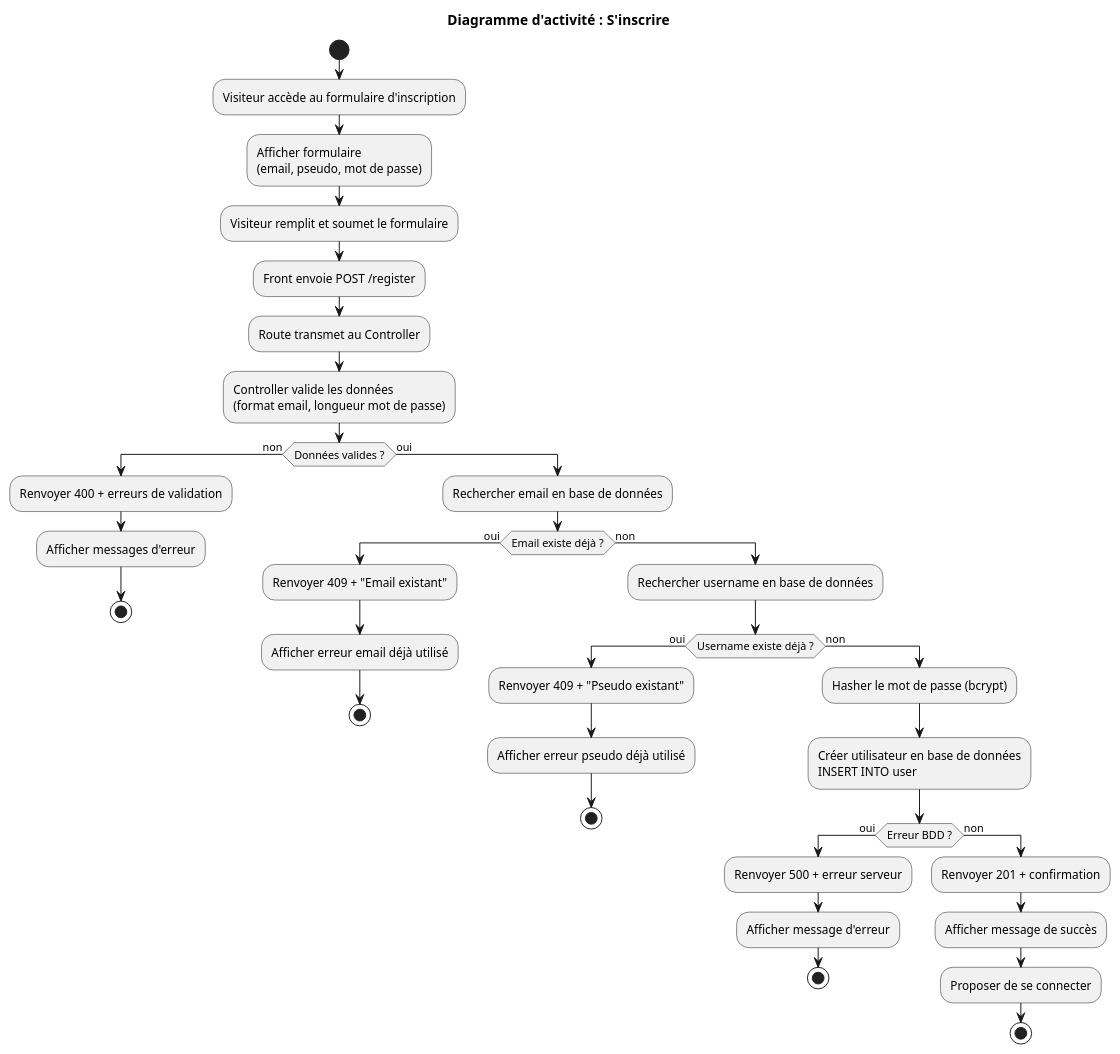
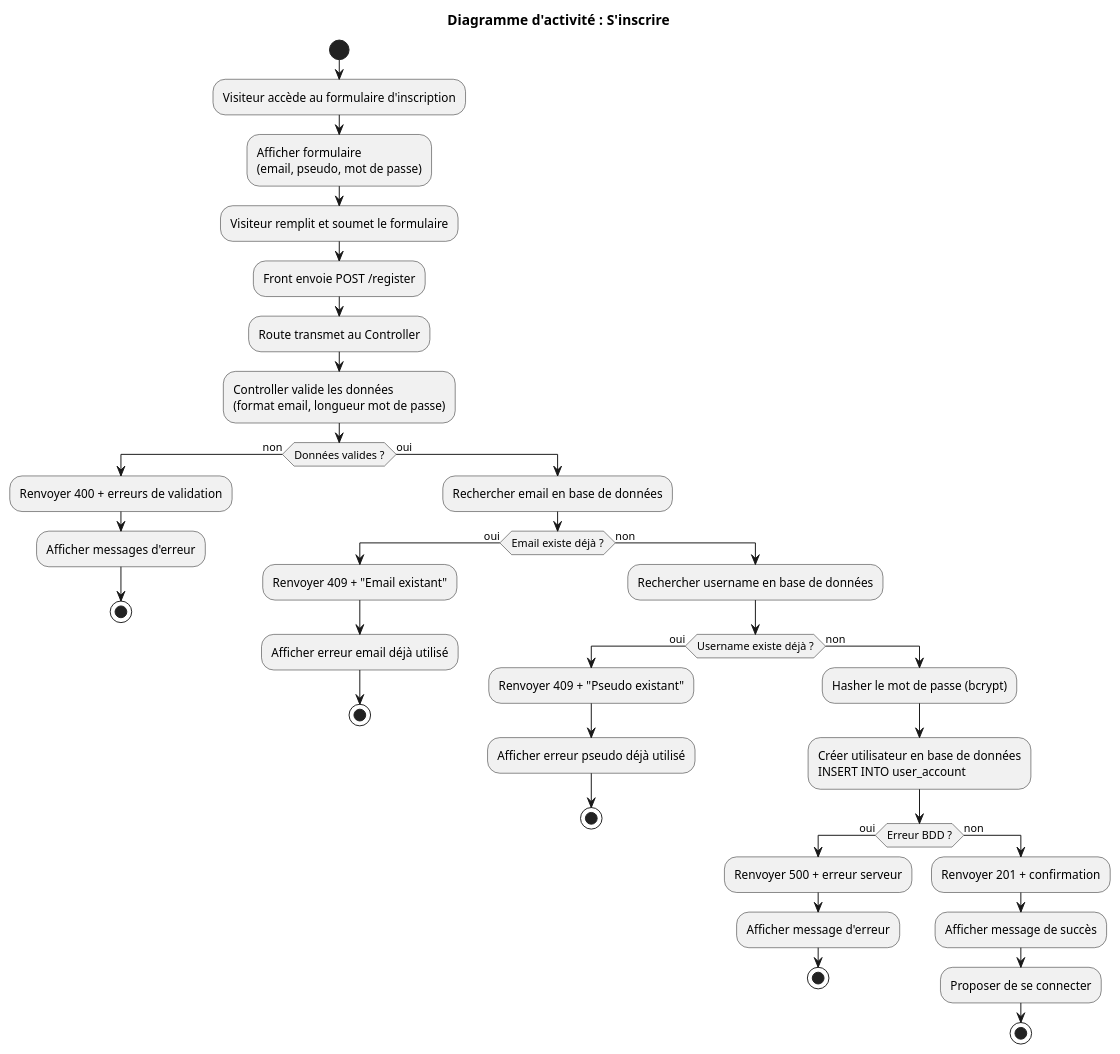
Before and after one commit to Zodiarche/MyGameList: the diagram in uml/activity/register.puml, drawn with PlantUML. The commit also changed 19 other files, not shown here.

Commit message:
fix: user devient user_account

```diff
--- a/uml/activity/register.puml
+++ b/uml/activity/register.puml
@@ -1,55 +1,55 @@
 @startuml Activity_Inscription
 title Diagramme d'activité : S'inscrire
 
 start
 
 :Visiteur accède au formulaire d'inscription;
 
 :Afficher formulaire\n(email, pseudo, mot de passe);
 
 :Visiteur remplit et soumet le formulaire;
 
 :Front envoie POST /register;
 
 :Route transmet au Controller;
 
 :Controller valide les données\n(format email, longueur mot de passe);
 
 if (Données valides ?) then (non)
   :Renvoyer 400 + erreurs de validation;
   :Afficher messages d'erreur;
   stop
 else (oui)
   :Rechercher email en base de données;
   
   if (Email existe déjà ?) then (oui)
     :Renvoyer 409 + "Email existant";
     :Afficher erreur email déjà utilisé;
     stop
   else (non)
     :Rechercher username en base de données;
     
     if (Username existe déjà ?) then (oui)
       :Renvoyer 409 + "Pseudo existant";
       :Afficher erreur pseudo déjà utilisé;
       stop
     else (non)
       :Hasher le mot de passe (bcrypt);
       
-      :Créer utilisateur en base de données\nINSERT INTO user;
+      :Créer utilisateur en base de données\nINSERT INTO user_account;
       
       if (Erreur BDD ?) then (oui)
         :Renvoyer 500 + erreur serveur;
         :Afficher message d'erreur;
         stop
       else (non)
         :Renvoyer 201 + confirmation;
         :Afficher message de succès;
         :Proposer de se connecter;
         stop
       endif
     endif
   endif
 endif
 
 @enduml
```
